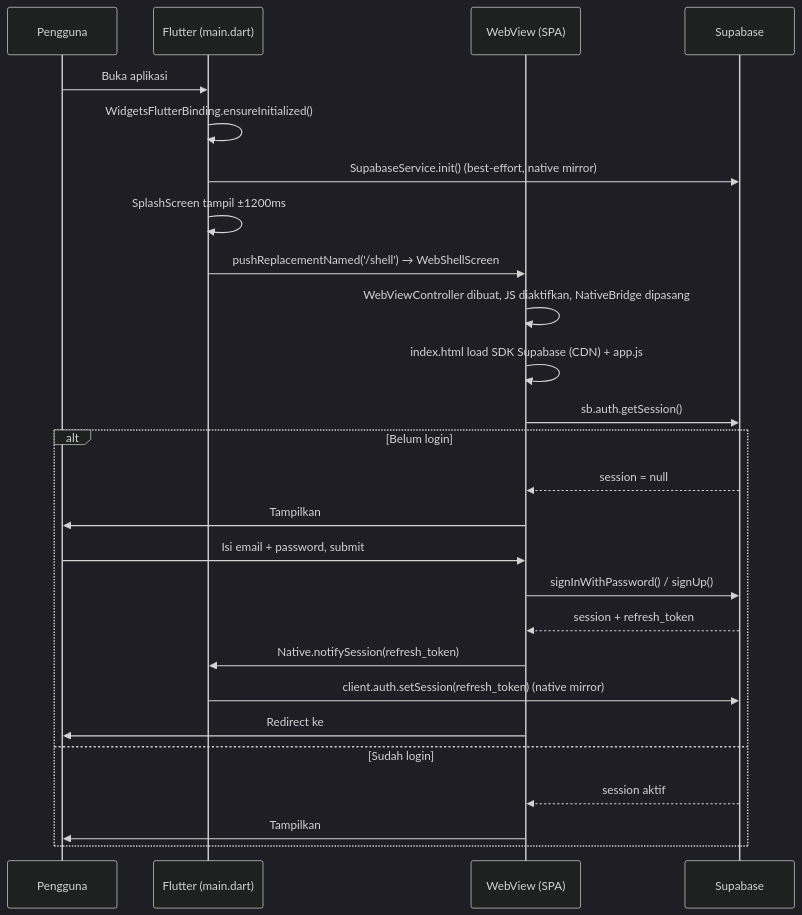
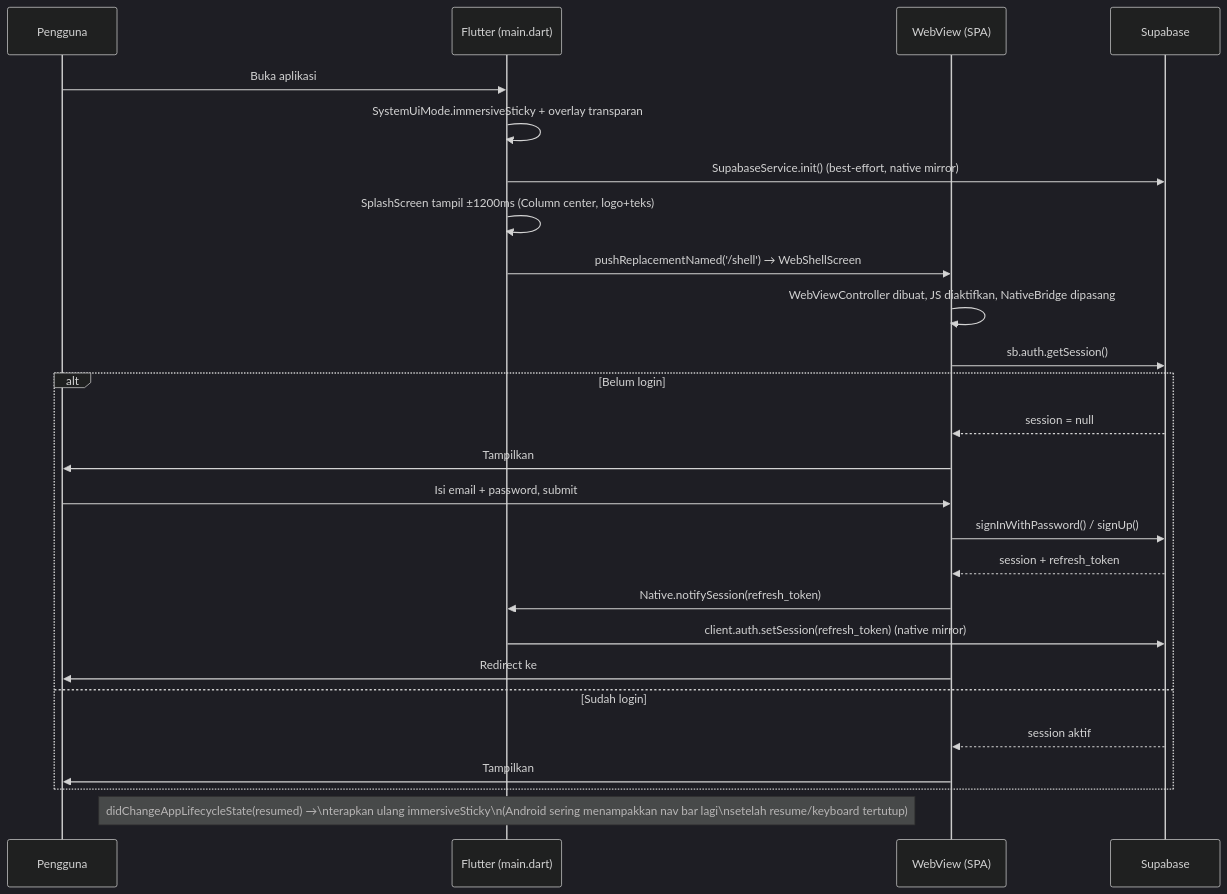
The fourth of 15 diagrams in docs/diagram-alur.md (Khoirul-Yardan/PROJECT-MOBILE-APP), drawn with Mermaid (dark theme) before and after one commit. The commit also changed other lines of this file and 42 other files, not shown here.

````diff
--- a/docs/diagram-alur.md
+++ b/docs/diagram-alur.md
@@ -233,29 +248,29 @@
 ```mermaid
 sequenceDiagram
     participant U as Pengguna
     participant F as Flutter (main.dart)
     participant W as WebView (SPA)
     participant S as Supabase
 
     U->>F: Buka aplikasi
-    F->>F: WidgetsFlutterBinding.ensureInitialized()
+    F->>F: SystemUiMode.immersiveSticky + overlay transparan
     F->>S: SupabaseService.init() (best-effort, native mirror)
-    F->>F: SplashScreen tampil ±1200ms
+    F->>F: SplashScreen tampil ±1200ms (Column center, logo+teks)
     F->>W: pushReplacementNamed('/shell') → WebShellScreen
     W->>W: WebViewController dibuat, JS diaktifkan, NativeBridge dipasang
-    W->>W: index.html load SDK Supabase (CDN) + app.js
     W->>S: sb.auth.getSession()
     alt Belum login
         S-->>W: session = null
         W->>U: Tampilkan #/login
         U->>W: Isi email + password, submit
         W->>S: signInWithPassword() / signUp()
         S-->>W: session + refresh_token
         W->>F: Native.notifySession(refresh_token)
         F->>S: client.auth.setSession(refresh_token) (native mirror)
         W->>U: Redirect ke #/home
     else Sudah login
         S-->>W: session aktif
         W->>U: Tampilkan #/home
     end
+    Note over F: didChangeAppLifecycleState(resumed) →\nterapkan ulang immersiveSticky\n(Android sering menampakkan nav bar lagi\nsetelah resume/keyboard tertutup)
 ```
````
